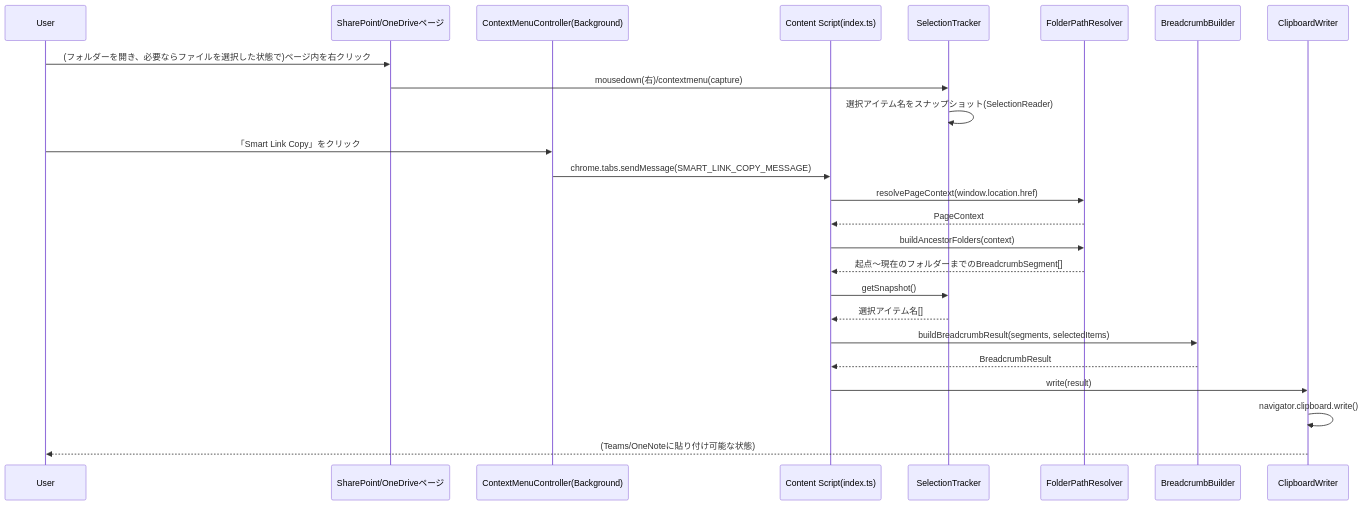
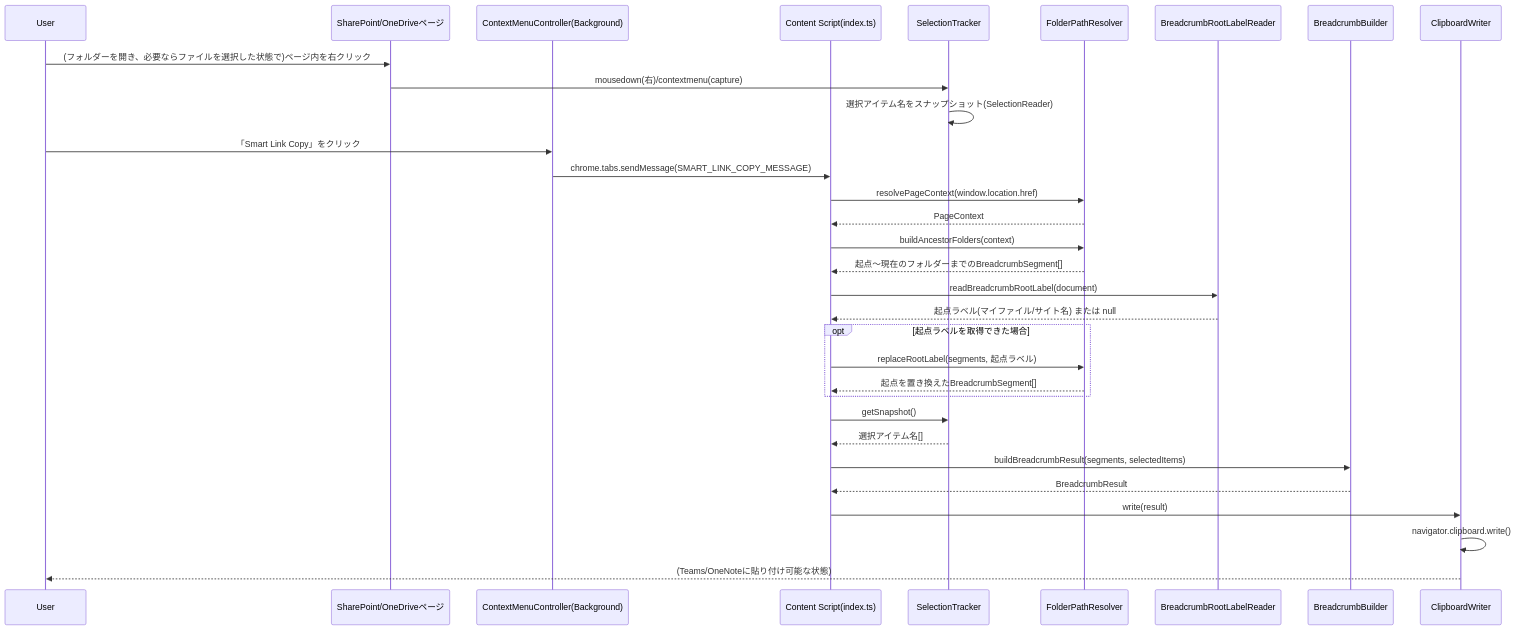
The second of 3 diagrams in docs/functional-design.md (codesmith/sharepoint-smart-link-copy), drawn with Mermaid before and after one commit. The commit also changed other lines of this file and 10 other files, not shown here.

````diff
--- a/docs/functional-design.md
+++ b/docs/functional-design.md
@@ -254,28 +277,35 @@
 ```mermaid
 sequenceDiagram
     participant User
     participant Page as SharePoint/OneDriveページ
     participant Menu as ContextMenuController(Background)
     participant ContentScript as Content Script(index.ts)
     participant Tracker as SelectionTracker
     participant Resolver as FolderPathResolver
+    participant RootLabelReader as BreadcrumbRootLabelReader
     participant Builder as BreadcrumbBuilder
     participant Writer as ClipboardWriter
 
     User->>Page: (フォルダーを開き、必要ならファイルを選択した状態で)ページ内を右クリック
     Page->>Tracker: mousedown(右)/contextmenu(capture)
     Tracker->>Tracker: 選択アイテム名をスナップショット(SelectionReader)
     User->>Menu: 「Smart Link Copy」をクリック
     Menu->>ContentScript: chrome.tabs.sendMessage(SMART_LINK_COPY_MESSAGE)
     ContentScript->>Resolver: resolvePageContext(window.location.href)
     Resolver-->>ContentScript: PageContext
     ContentScript->>Resolver: buildAncestorFolders(context)
     Resolver-->>ContentScript: 起点〜現在のフォルダーまでのBreadcrumbSegment[]
+    ContentScript->>RootLabelReader: readBreadcrumbRootLabel(document)
+    RootLabelReader-->>ContentScript: 起点ラベル(マイファイル/サイト名) または null
+    opt 起点ラベルを取得できた場合
+        ContentScript->>Resolver: replaceRootLabel(segments, 起点ラベル)
+        Resolver-->>ContentScript: 起点を置き換えたBreadcrumbSegment[]
+    end
     ContentScript->>Tracker: getSnapshot()
     Tracker-->>ContentScript: 選択アイテム名[]
     ContentScript->>Builder: buildBreadcrumbResult(segments, selectedItems)
     Builder-->>ContentScript: BreadcrumbResult
     ContentScript->>Writer: write(result)
     Writer->>Writer: navigator.clipboard.write()
     Writer-->>User: (Teams/OneNoteに貼り付け可能な状態)
 ```
````
